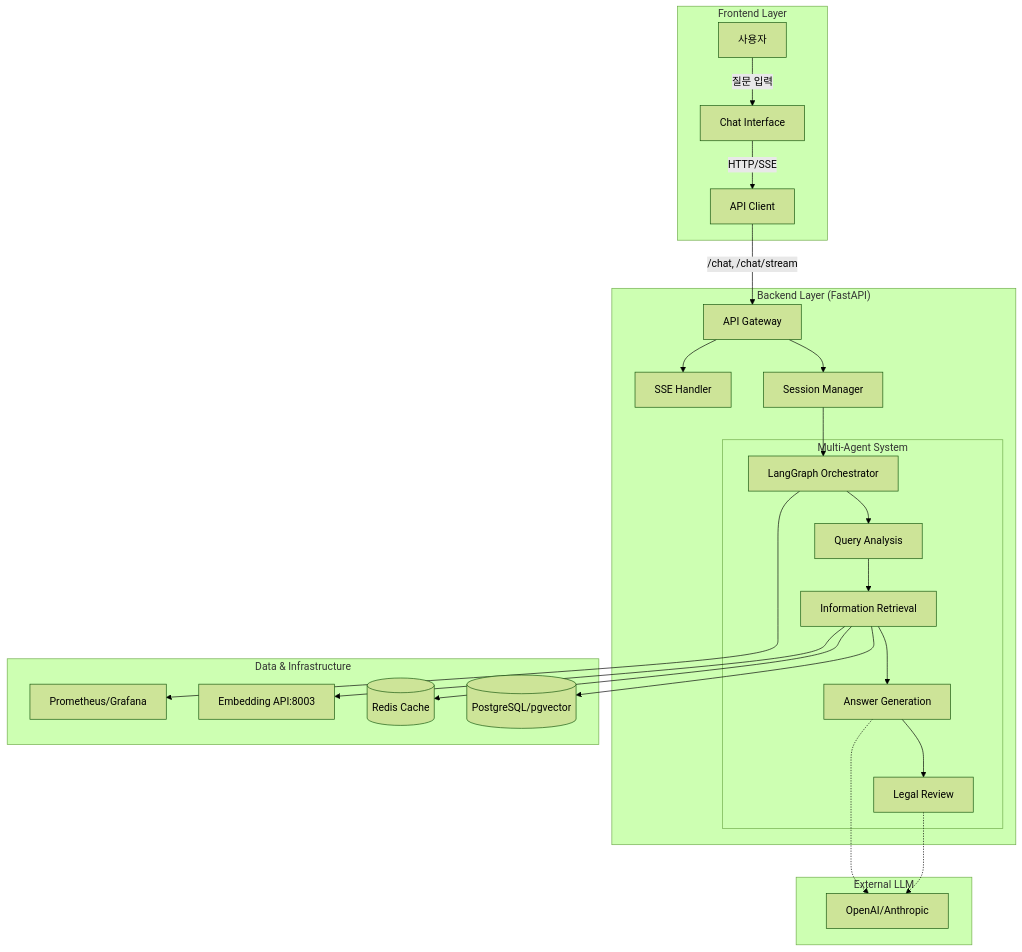
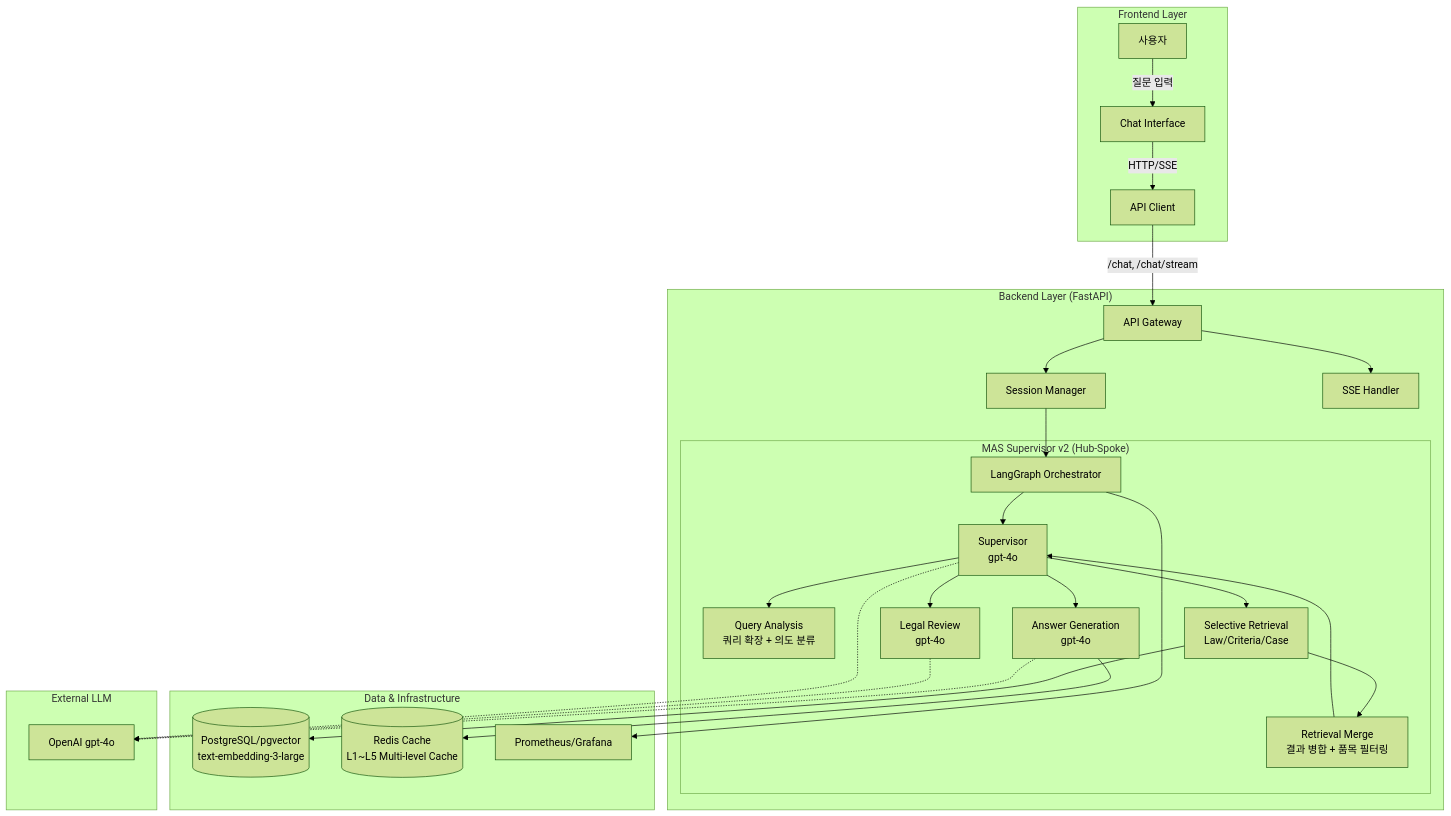
The first of 2 diagrams in README.md (SKN19-FINAL-5team/LLM), drawn with Mermaid (forest theme) before and after one commit. The commit also changed other lines of this file and 340 other files, not shown here.

````diff
--- a/README.md
+++ b/README.md
@@ -102,33 +122,36 @@
 ```mermaid
 graph TB
     subgraph "Frontend Layer"
         A[사용자] -->|질문 입력| B[Chat Interface]
         B -->|HTTP/SSE| C[API Client]
     end
-    
+
     subgraph "Backend Layer (FastAPI)"
         C -->|/chat, /chat/stream| D[API Gateway]
         D --> E[Session Manager]
         D --> F[SSE Handler]
         E --> G[LangGraph Orchestrator]
-        
-        subgraph "Multi-Agent System"
-            G --> H[Query Analysis]
-            H --> I[Information Retrieval]
-            I --> J[Answer Generation]
-            J --> K[Legal Review]
+
+        subgraph "MAS Supervisor v2 (Hub-Spoke)"
+            G --> SUP[Supervisor<br/>gpt-4o]
+            SUP --> H[Query Analysis<br/>쿼리 확장 + 의도 분류]
+            SUP --> I[Selective Retrieval<br/>Law/Criteria/Case]
+            I --> RM[Retrieval Merge<br/>결과 병합 + 품목 필터링]
+            RM --> SUP
+            SUP --> J[Answer Generation<br/>gpt-4o]
+            SUP --> K[Legal Review<br/>gpt-4o]
         end
     end
-    
+
     subgraph "Data & Infrastructure"
-        I --> L[(PostgreSQL/pgvector)]
-        I --> M[(Redis Cache)]
-        I --> N[Embedding API:8003]
+        I --> L[(PostgreSQL/pgvector<br/>text-embedding-3-large)]
+        J --> M[(Redis Cache<br/>L1~L5 Multi-level Cache)]
         G --> O[Prometheus/Grafana]
     end
-    
+
     subgraph "External LLM"
-        J -.-> P[OpenAI/Anthropic]
+        J -.-> P[OpenAI gpt-4o]
         K -.-> P
+        SUP -.-> P
     end
 ```
````
